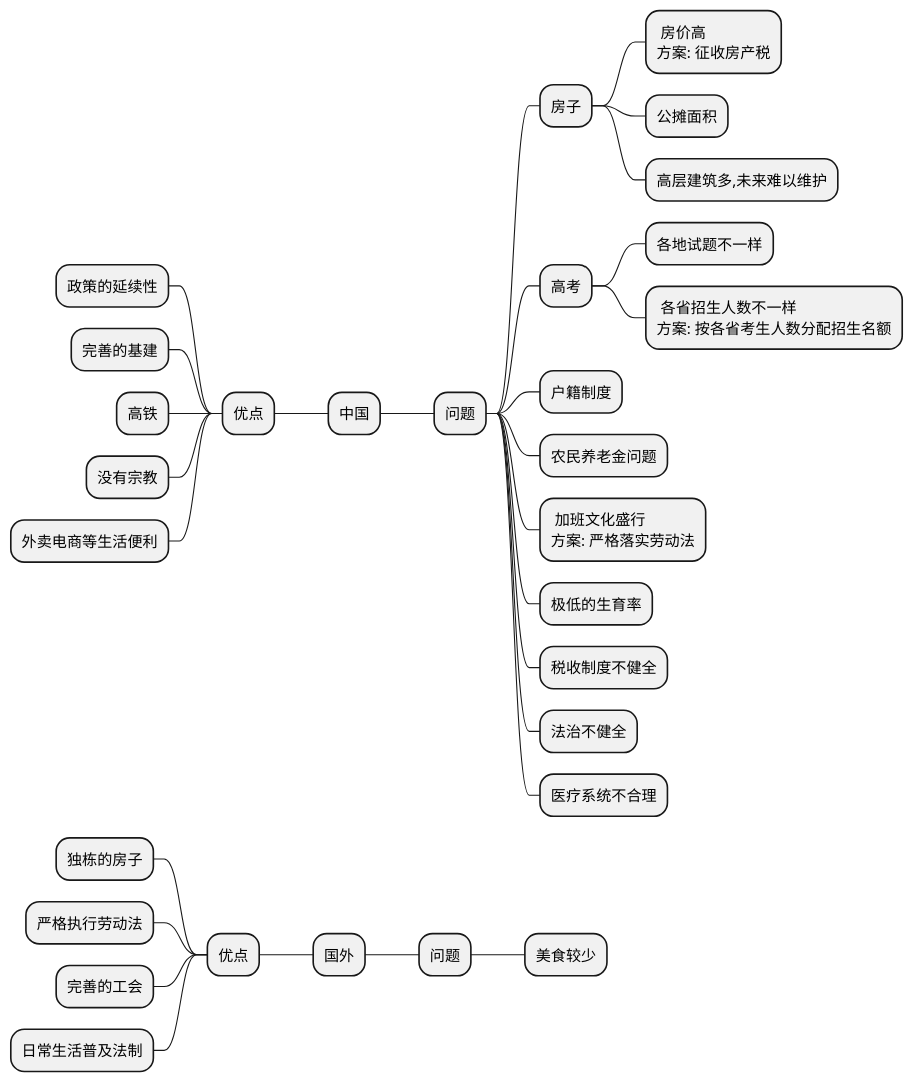
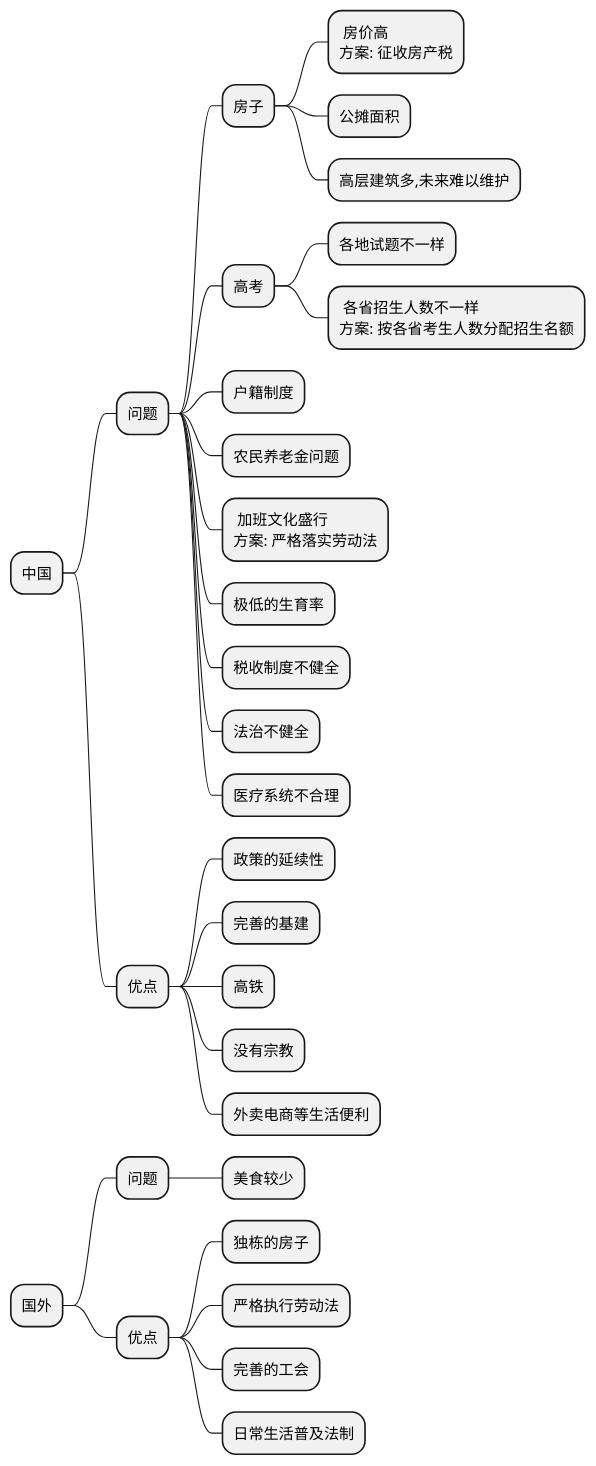
One commit to Huang2070/alpha-centauri-c changed the diagram in D·观点-know_who/思考/中国社会.plantuml. Above: the diagram before and after it, drawn with PlantUML. The commit also changed 9 other files, not shown here.

```diff
--- a/D·观点-know_who/思考/中国社会.plantuml
+++ b/D·观点-know_who/思考/中国社会.plantuml
@@ -1,40 +1,40 @@
 @startmindmap 中国
 * 中国
 ** 问题
 *** 房子
 ****: 房价高
 方案: 征收房产税;
 **** 公摊面积
 **** 高层建筑多,未来难以维护
 *** 高考
 **** 各地试题不一样
 ****: 各省招生人数不一样
 方案: 按各省考生人数分配招生名额;
 *** 户籍制度
 *** 农民养老金问题
 ***: 加班文化盛行
 方案: 严格落实劳动法;
 *** 极低的生育率
 *** 税收制度不健全
 *** 法治不健全
 *** 医疗系统不合理
 
 
--- 优点
---- 政策的延续性
---- 完善的基建
---- 高铁
---- 没有宗教
---- 外卖电商等生活便利
+** 优点
+*** 政策的延续性
+*** 完善的基建
+*** 高铁
+*** 没有宗教
+*** 外卖电商等生活便利
 
 
 * 国外
 ** 问题
 *** 美食较少
 
--- 优点
---- 独栋的房子
---- 严格执行劳动法
---- 完善的工会
---- 日常生活普及法制
+** 优点
+*** 独栋的房子
+*** 严格执行劳动法
+*** 完善的工会
+*** 日常生活普及法制
 @endmindmap
```
